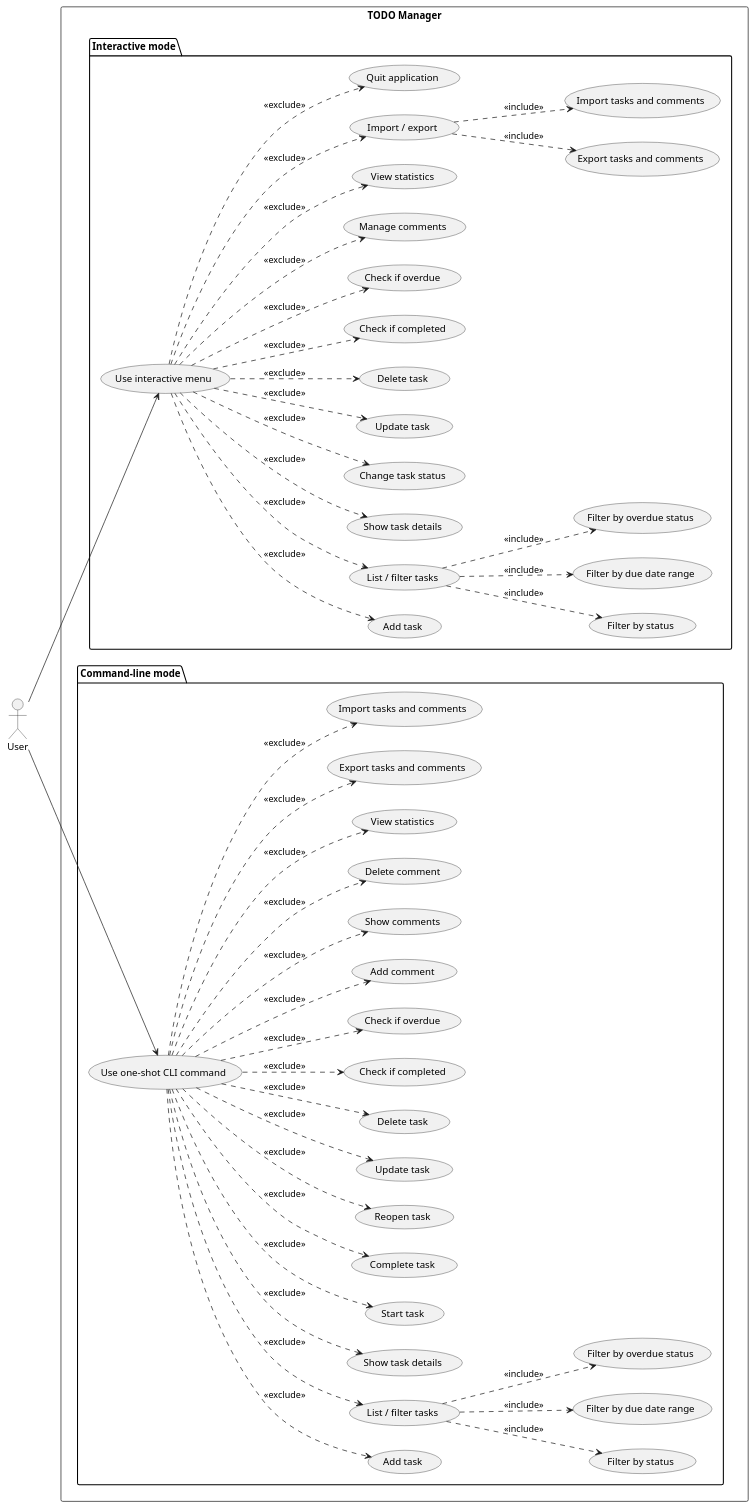
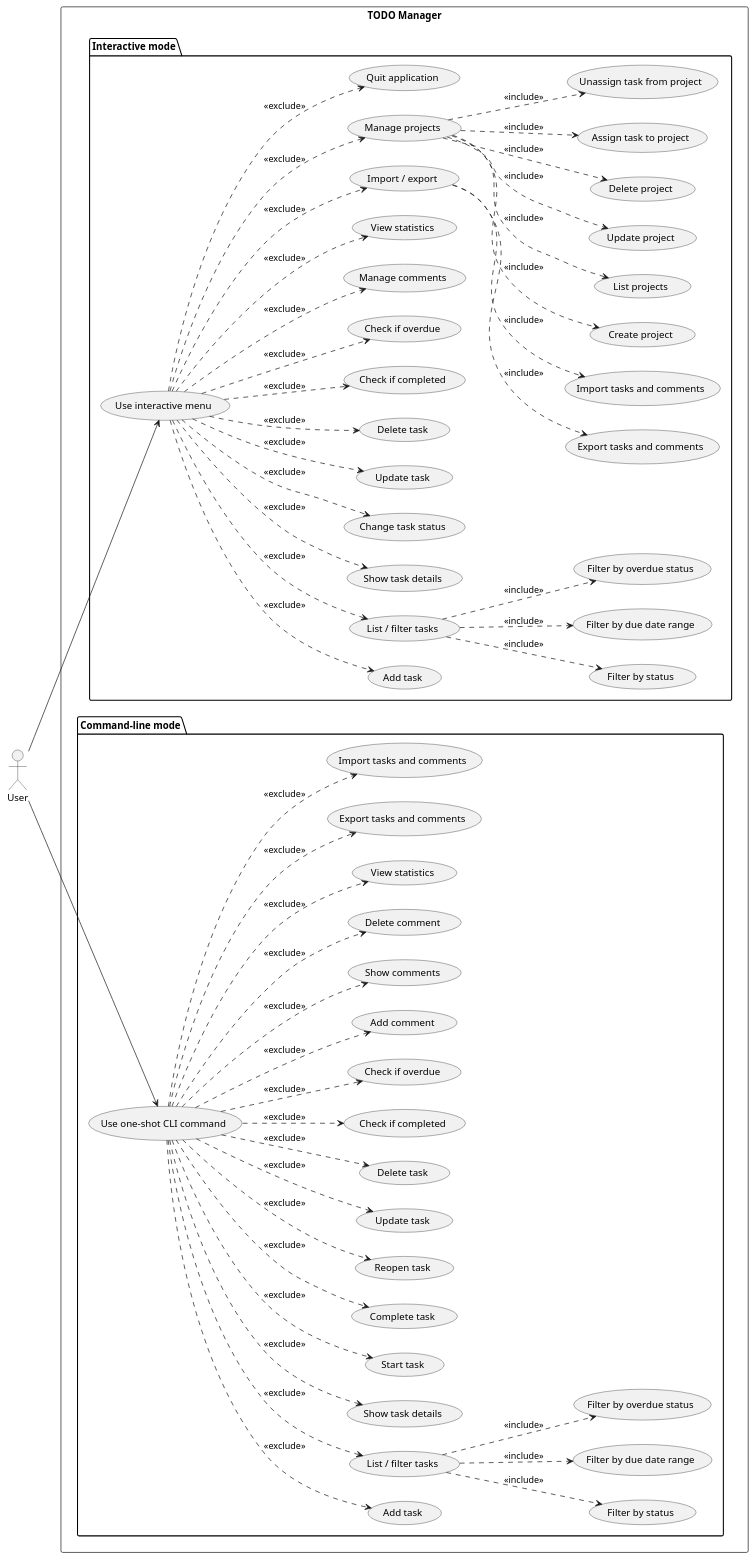
The diagram in experiments/pipeline/structured_text/TODO/artifacts/use_case_diagram.puml (DanielRiha8906/Software_autoevolution_using_agents), drawn with PlantUML before and after one commit. The commit also changed 20 other files, not shown here.

```diff
--- a/experiments/pipeline/structured_text/TODO/artifacts/use_case_diagram.puml
+++ b/experiments/pipeline/structured_text/TODO/artifacts/use_case_diagram.puml
@@ -1,95 +1,109 @@
 @startuml use_case_diagram
 
 left to right direction
 
 actor User
 
 rectangle "TODO Manager" {
 
   package "Interactive mode" {
     usecase "Use interactive menu" as UI
     usecase "Add task" as I_ADD
     usecase "List / filter tasks" as I_LIST
     usecase "Filter by status" as I_STATUS_FILTER
     usecase "Filter by due date range" as I_DATE_FILTER
     usecase "Filter by overdue status" as I_OVERDUE_FILTER
     usecase "Show task details" as I_SHOW
     usecase "Change task status" as I_STATUS
     usecase "Update task" as I_UPDATE
     usecase "Delete task" as I_DELETE
     usecase "Check if completed" as I_COMPLETED
     usecase "Check if overdue" as I_OVERDUE
     usecase "Manage comments" as I_COMMENTS
     usecase "View statistics" as I_STATS
     usecase "Import / export" as I_IMPORT_EXPORT
     usecase "Export tasks and comments" as I_EXPORT
     usecase "Import tasks and comments" as I_IMPORT
+    usecase "Manage projects" as I_PROJECTS
+    usecase "Create project" as I_CREATE_PROJECT
+    usecase "List projects" as I_LIST_PROJECTS
+    usecase "Update project" as I_UPDATE_PROJECT
+    usecase "Delete project" as I_DELETE_PROJECT
+    usecase "Assign task to project" as I_ASSIGN_TASK
+    usecase "Unassign task from project" as I_UNASSIGN_TASK
     usecase "Quit application" as I_QUIT
   }
 
   package "Command-line mode" {
     usecase "Use one-shot CLI command" as CLI
     usecase "Add task" as C_ADD
     usecase "List / filter tasks" as C_LIST
     usecase "Filter by status" as C_STATUS_FILTER
     usecase "Filter by due date range" as C_DATE_FILTER
     usecase "Filter by overdue status" as C_OVERDUE_FILTER
     usecase "Show task details" as C_SHOW
     usecase "Start task" as C_START
     usecase "Complete task" as C_DONE
     usecase "Reopen task" as C_REOPEN
     usecase "Update task" as C_UPDATE
     usecase "Delete task" as C_DELETE
     usecase "Check if completed" as C_COMPLETED
     usecase "Check if overdue" as C_OVERDUE
     usecase "Add comment" as C_ADD_COMMENT
     usecase "Show comments" as C_SHOW_COMMENTS
     usecase "Delete comment" as C_DELETE_COMMENT
     usecase "View statistics" as C_STATS
     usecase "Export tasks and comments" as C_EXPORT
     usecase "Import tasks and comments" as C_IMPORT
   }
 }
 
 User --> UI
 User --> CLI
 
 UI ..> I_ADD       : <<exclude>>
 UI ..> I_LIST      : <<exclude>>
 I_LIST ..> I_STATUS_FILTER : <<include>>
 I_LIST ..> I_DATE_FILTER : <<include>>
 I_LIST ..> I_OVERDUE_FILTER : <<include>>
 UI ..> I_SHOW      : <<exclude>>
 UI ..> I_STATUS    : <<exclude>>
 UI ..> I_UPDATE    : <<exclude>>
 UI ..> I_DELETE    : <<exclude>>
 UI ..> I_COMPLETED : <<exclude>>
 UI ..> I_OVERDUE   : <<exclude>>
 UI ..> I_COMMENTS  : <<exclude>>
 UI ..> I_STATS     : <<exclude>>
 UI ..> I_IMPORT_EXPORT : <<exclude>>
 I_IMPORT_EXPORT ..> I_EXPORT : <<include>>
 I_IMPORT_EXPORT ..> I_IMPORT : <<include>>
+UI ..> I_PROJECTS   : <<exclude>>
+I_PROJECTS ..> I_CREATE_PROJECT : <<include>>
+I_PROJECTS ..> I_LIST_PROJECTS : <<include>>
+I_PROJECTS ..> I_UPDATE_PROJECT : <<include>>
+I_PROJECTS ..> I_DELETE_PROJECT : <<include>>
+I_PROJECTS ..> I_ASSIGN_TASK : <<include>>
+I_PROJECTS ..> I_UNASSIGN_TASK : <<include>>
 UI ..> I_QUIT      : <<exclude>>
 
 CLI ..> C_ADD            : <<exclude>>
 CLI ..> C_LIST           : <<exclude>>
 C_LIST ..> C_STATUS_FILTER : <<include>>
 C_LIST ..> C_DATE_FILTER : <<include>>
 C_LIST ..> C_OVERDUE_FILTER : <<include>>
 CLI ..> C_SHOW           : <<exclude>>
 CLI ..> C_START          : <<exclude>>
 CLI ..> C_DONE           : <<exclude>>
 CLI ..> C_REOPEN         : <<exclude>>
 CLI ..> C_UPDATE         : <<exclude>>
 CLI ..> C_DELETE         : <<exclude>>
 CLI ..> C_COMPLETED      : <<exclude>>
 CLI ..> C_OVERDUE        : <<exclude>>
 CLI ..> C_ADD_COMMENT    : <<exclude>>
 CLI ..> C_SHOW_COMMENTS  : <<exclude>>
 CLI ..> C_DELETE_COMMENT : <<exclude>>
 CLI ..> C_STATS          : <<exclude>>
 CLI ..> C_EXPORT         : <<exclude>>
 CLI ..> C_IMPORT         : <<exclude>>
 
 @enduml
```
